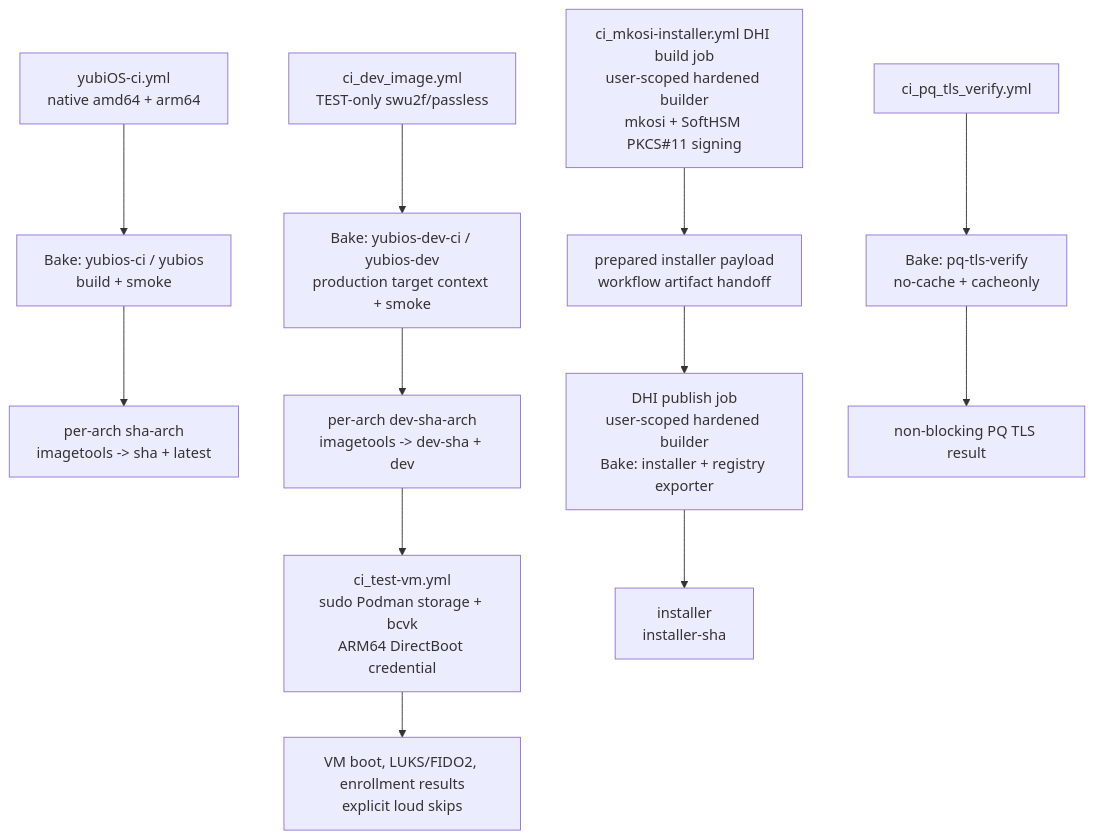
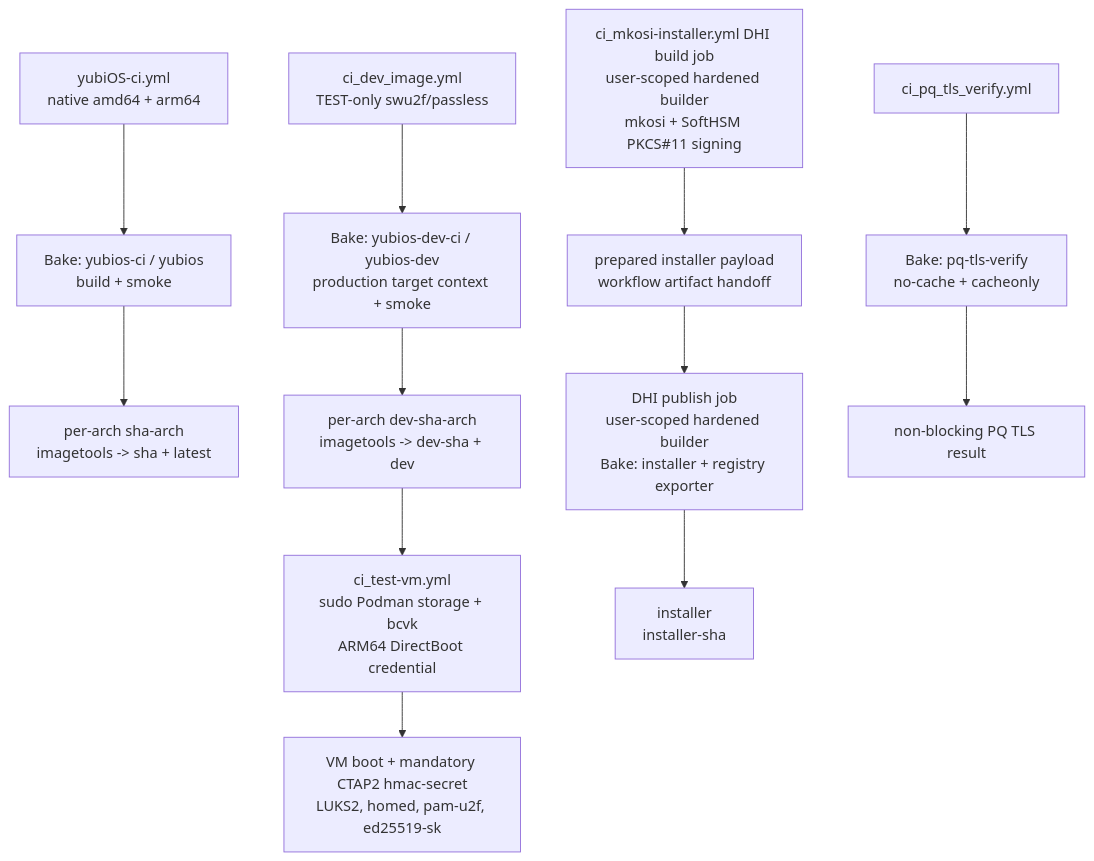
One commit to corning-croak-cable/yubiOS changed the fourth of 8 diagrams in CI_MAP.md. Above: the diagram before and after it, drawn with Mermaid. The commit also changed other lines of this file and 5 other files, not shown here.

````diff
--- a/CI_MAP.md
+++ b/CI_MAP.md
@@ -155,23 +155,23 @@
 ```mermaid
 flowchart TD
     prod_wf["yubiOS-ci.yml\nnative amd64 + arm64"]
     prod_bake["Bake: yubios-ci / yubios\nbuild + smoke"]
     prod_out["per-arch sha-arch\nimagetools -> sha + latest"]
     dev_wf["ci_dev_image.yml\nTEST-only swu2f/passless"]
     dev_bake["Bake: yubios-dev-ci / yubios-dev\nproduction target context + smoke"]
     dev_out["per-arch dev-sha-arch\nimagetools -> dev-sha + dev"]
     vm["ci_test-vm.yml\nsudo Podman storage + bcvk\nARM64 DirectBoot credential"]
-    vm_out["VM boot, LUKS/FIDO2, enrollment results\nexplicit loud skips"]
+    vm_out["VM boot + mandatory CTAP2 hmac-secret\nLUKS2, homed, pam-u2f, ed25519-sk"]
     installer["ci_mkosi-installer.yml DHI build job\nuser-scoped hardened builder\nmkosi + SoftHSM PKCS#11 signing"]
     installer_payload["prepared installer payload\nworkflow artifact handoff"]
     installer_bake["DHI publish job\nuser-scoped hardened builder\nBake: installer + registry exporter"]
     installer_out["installer\ninstaller-sha"]
     pq["ci_pq_tls_verify.yml"]
     pq_bake["Bake: pq-tls-verify\nno-cache + cacheonly"]
     pq_out["non-blocking PQ TLS result"]
 
     prod_wf --> prod_bake --> prod_out
     dev_wf --> dev_bake --> dev_out --> vm --> vm_out
     installer --> installer_payload --> installer_bake --> installer_out
     pq --> pq_bake --> pq_out
 ```
````
